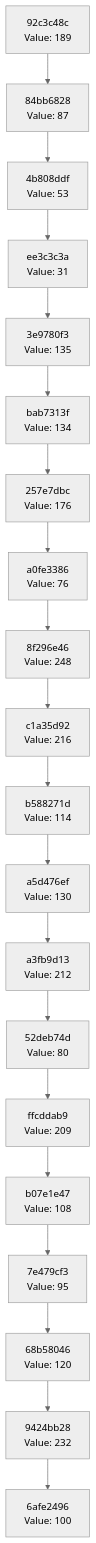
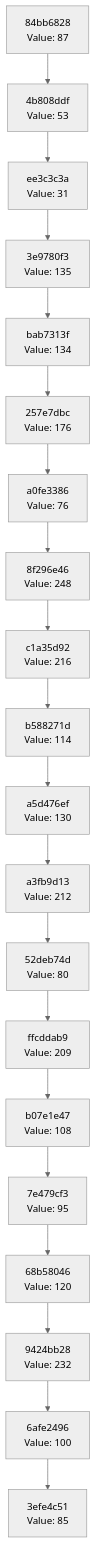
The diagram in docs/CHAIN_VISUALIZATION.md (Abhisheksinha1506/hash-chain-evolver), drawn with Mermaid (neutral theme) before and after one commit. The commit also changed 2 other files, not shown here.

Commit message:
Evolution Step

````diff
--- a/docs/CHAIN_VISUALIZATION.md
+++ b/docs/CHAIN_VISUALIZATION.md
@@ -3,42 +3,42 @@
 ```mermaid
 graph TD
-    C0["6afe2496<br/>Value: 100"]
-    C1["9424bb28<br/>Value: 232"]
+    C0["3efe4c51<br/>Value: 85"]
+    C1["6afe2496<br/>Value: 100"]
     C1 --> C0
-    C2["68b58046<br/>Value: 120"]
+    C2["9424bb28<br/>Value: 232"]
     C2 --> C1
-    C3["7e479cf3<br/>Value: 95"]
+    C3["68b58046<br/>Value: 120"]
     C3 --> C2
-    C4["b07e1e47<br/>Value: 108"]
+    C4["7e479cf3<br/>Value: 95"]
     C4 --> C3
-    C5["ffcddab9<br/>Value: 209"]
+    C5["b07e1e47<br/>Value: 108"]
     C5 --> C4
-    C6["52deb74d<br/>Value: 80"]
+    C6["ffcddab9<br/>Value: 209"]
     C6 --> C5
-    C7["a3fb9d13<br/>Value: 212"]
+    C7["52deb74d<br/>Value: 80"]
     C7 --> C6
-    C8["a5d476ef<br/>Value: 130"]
+    C8["a3fb9d13<br/>Value: 212"]
     C8 --> C7
-    C9["b588271d<br/>Value: 114"]
+    C9["a5d476ef<br/>Value: 130"]
     C9 --> C8
-    C10["c1a35d92<br/>Value: 216"]
+    C10["b588271d<br/>Value: 114"]
     C10 --> C9
-    C11["8f296e46<br/>Value: 248"]
+    C11["c1a35d92<br/>Value: 216"]
     C11 --> C10
-    C12["a0fe3386<br/>Value: 76"]
+    C12["8f296e46<br/>Value: 248"]
     C12 --> C11
-    C13["257e7dbc<br/>Value: 176"]
+    C13["a0fe3386<br/>Value: 76"]
     C13 --> C12
-    C14["bab7313f<br/>Value: 134"]
+    C14["257e7dbc<br/>Value: 176"]
     C14 --> C13
-    C15["3e9780f3<br/>Value: 135"]
+    C15["bab7313f<br/>Value: 134"]
     C15 --> C14
-    C16["ee3c3c3a<br/>Value: 31"]
+    C16["3e9780f3<br/>Value: 135"]
     C16 --> C15
-    C17["4b808ddf<br/>Value: 53"]
+    C17["ee3c3c3a<br/>Value: 31"]
     C17 --> C16
-    C18["84bb6828<br/>Value: 87"]
+    C18["4b808ddf<br/>Value: 53"]
     C18 --> C17
-    C19["92c3c48c<br/>Value: 189"]
+    C19["84bb6828<br/>Value: 87"]
     C19 --> C18
 ```
````
